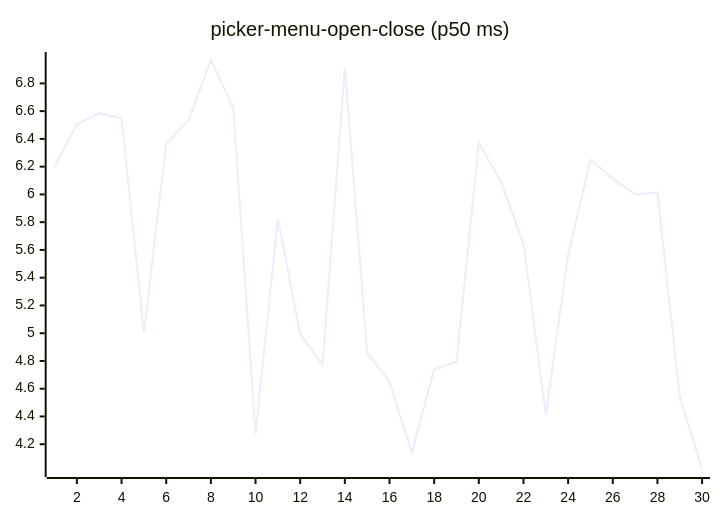
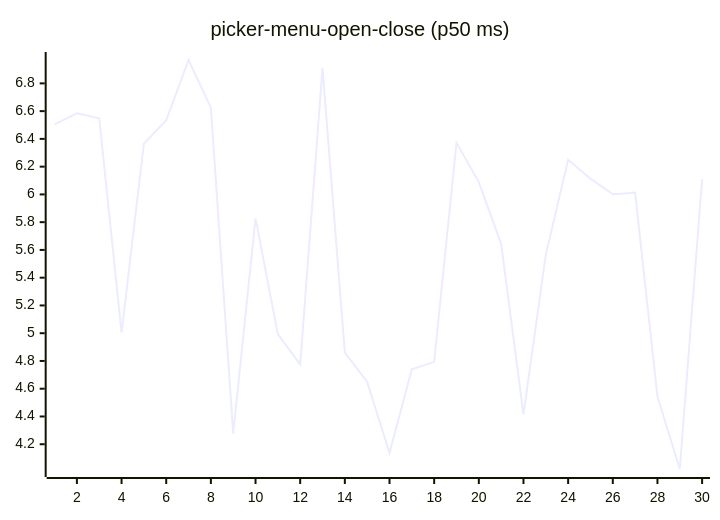
Before and after one commit to josha/Facet: diagram 16 of 27 in README.md, drawn with Mermaid. The commit also changed other lines of this file and 2 other files, not shown here.

````diff
--- a/README.md
+++ b/README.md
@@ -168,6 +168,6 @@
 ```mermaid
 xychart-beta
     title "picker-menu-open-close (p50 ms)"
     x-axis 1 --> 30
-    line [6.1978, 6.5053, 6.5840, 6.5483, 5.0039, 6.3653, 6.5343, 6.9684, 6.6249, 4.2762, 5.8275, 4.9929, 4.7749, 6.9094, 4.8605, 4.6493, 4.1383, 4.7397, 4.7934, 6.3713, 6.0885, 5.6440, 4.4145, 5.5656, 6.2500, 6.1133, 6.0006, 6.0128, 4.5439, 4.0216]
+    line [6.5053, 6.5840, 6.5483, 5.0039, 6.3653, 6.5343, 6.9684, 6.6249, 4.2762, 5.8275, 4.9929, 4.7749, 6.9094, 4.8605, 4.6493, 4.1383, 4.7397, 4.7934, 6.3713, 6.0885, 5.6440, 4.4145, 5.5656, 6.2500, 6.1133, 6.0006, 6.0128, 4.5439, 4.0216, 6.1100]
 ```
````
